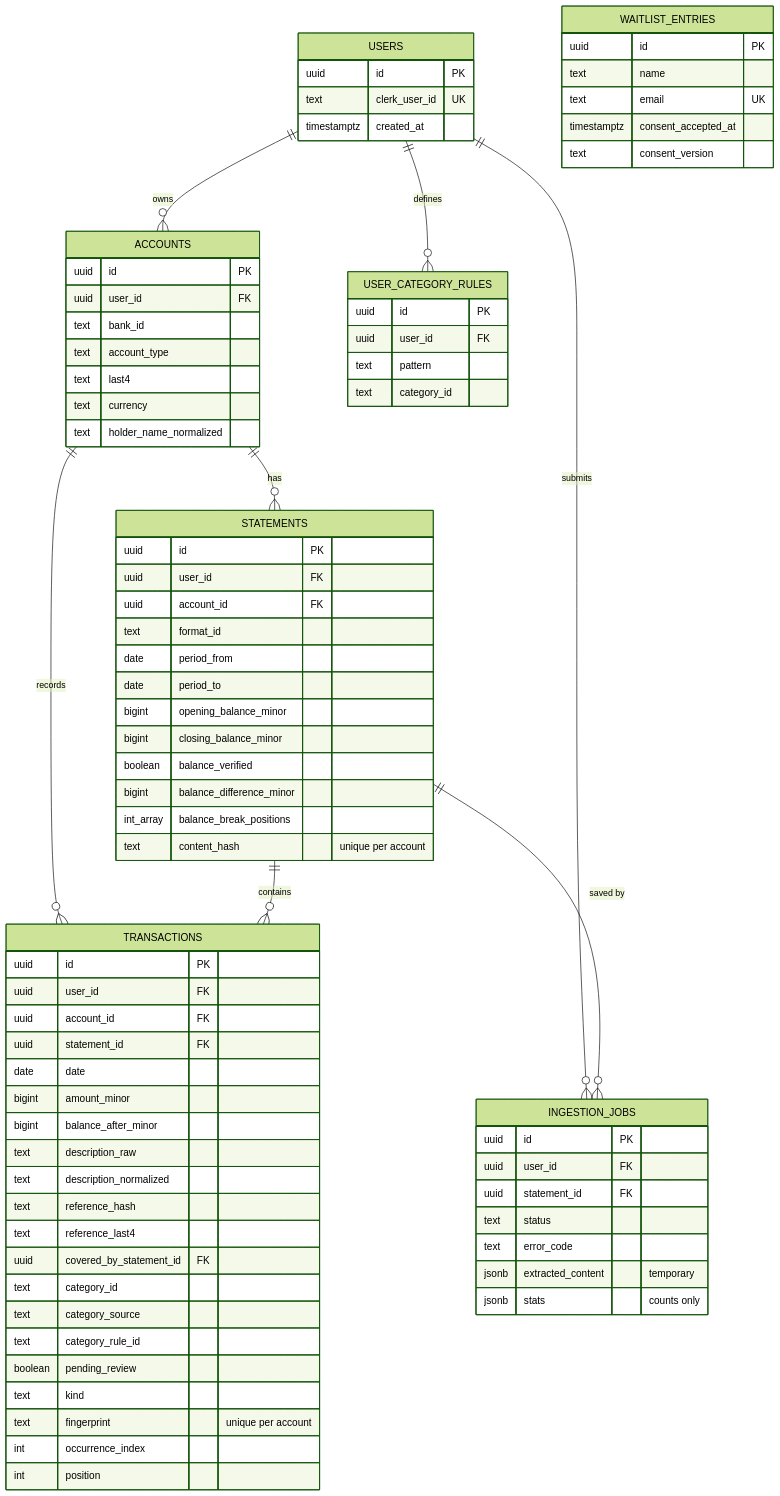
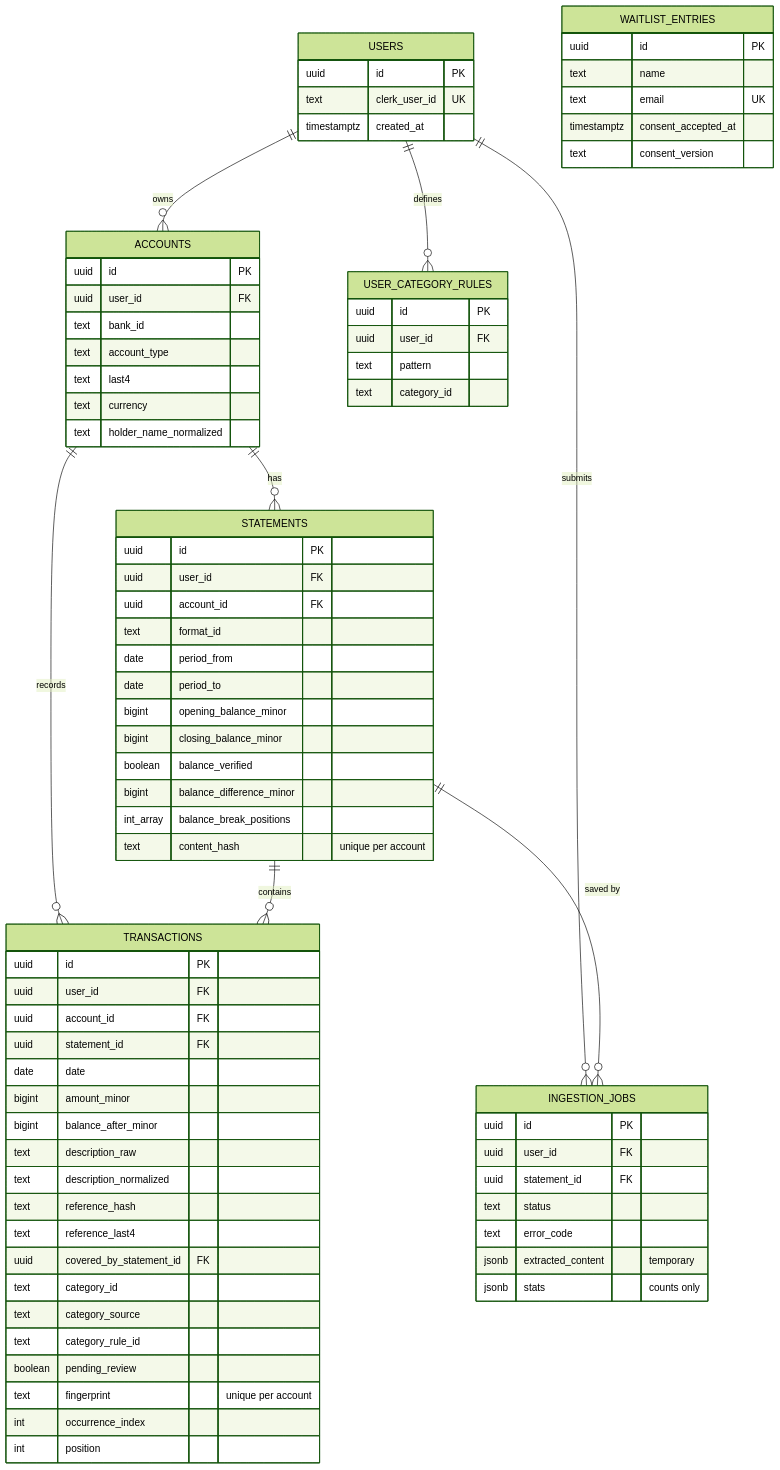
The third of 7 diagrams in docs/ARCHITECTURE.md (ingcarlostello/xtrakto), drawn with Mermaid (forest theme) before and after one commit. The commit also changed other lines of this file and 32 other files, not shown here.

````diff
--- a/docs/ARCHITECTURE.md
+++ b/docs/ARCHITECTURE.md
@@ -170,82 +170,81 @@
 ```mermaid
 erDiagram
     USERS ||--o{ ACCOUNTS : owns
     USERS ||--o{ INGESTION_JOBS : submits
     USERS ||--o{ USER_CATEGORY_RULES : defines
     ACCOUNTS ||--o{ STATEMENTS : has
     ACCOUNTS ||--o{ TRANSACTIONS : records
     STATEMENTS ||--o{ TRANSACTIONS : contains
     STATEMENTS ||--o{ INGESTION_JOBS : "saved by"
     USERS {
         uuid id PK
         text clerk_user_id UK
         timestamptz created_at
     }
     ACCOUNTS {
         uuid id PK
         uuid user_id FK
         text bank_id
         text account_type
         text last4
         text currency
         text holder_name_normalized
     }
     STATEMENTS {
         uuid id PK
         uuid user_id FK
         uuid account_id FK
         text format_id
         date period_from
         date period_to
         bigint opening_balance_minor
         bigint closing_balance_minor
         boolean balance_verified
         bigint balance_difference_minor
         int_array balance_break_positions
         text content_hash "unique per account"
     }
     TRANSACTIONS {
         uuid id PK
         uuid user_id FK
         uuid account_id FK
         uuid statement_id FK
         date date
         bigint amount_minor
         bigint balance_after_minor
         text description_raw
         text description_normalized
         text reference_hash
         text reference_last4
         uuid covered_by_statement_id FK
         text category_id
         text category_source
         text category_rule_id
         boolean pending_review
-        text kind
         text fingerprint "unique per account"
         int occurrence_index
         int position
     }
     INGESTION_JOBS {
         uuid id PK
         uuid user_id FK
         uuid statement_id FK
         text status
         text error_code
         jsonb extracted_content "temporary"
         jsonb stats "counts only"
     }
     USER_CATEGORY_RULES {
         uuid id PK
         uuid user_id FK
         text pattern
         text category_id
     }
     WAITLIST_ENTRIES {
         uuid id PK
         text name
         text email UK
         timestamptz consent_accepted_at
         text consent_version
     }
 ```
````
